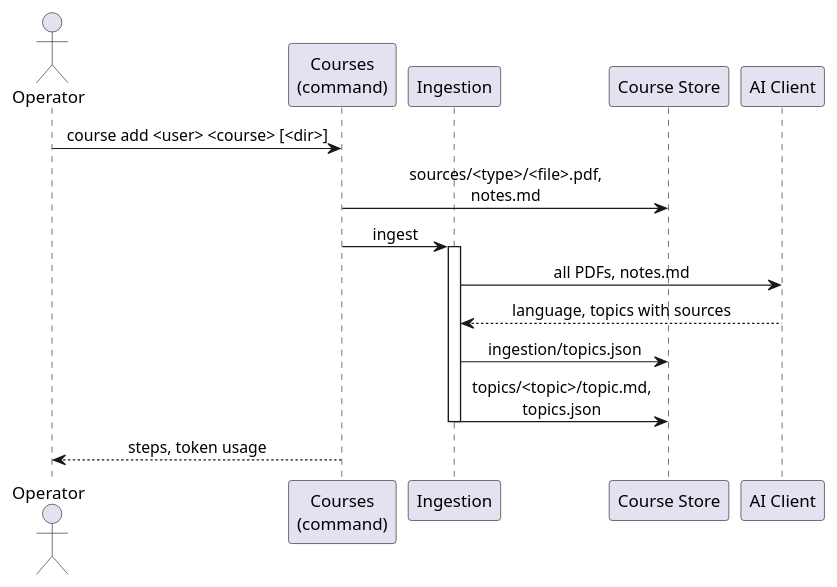
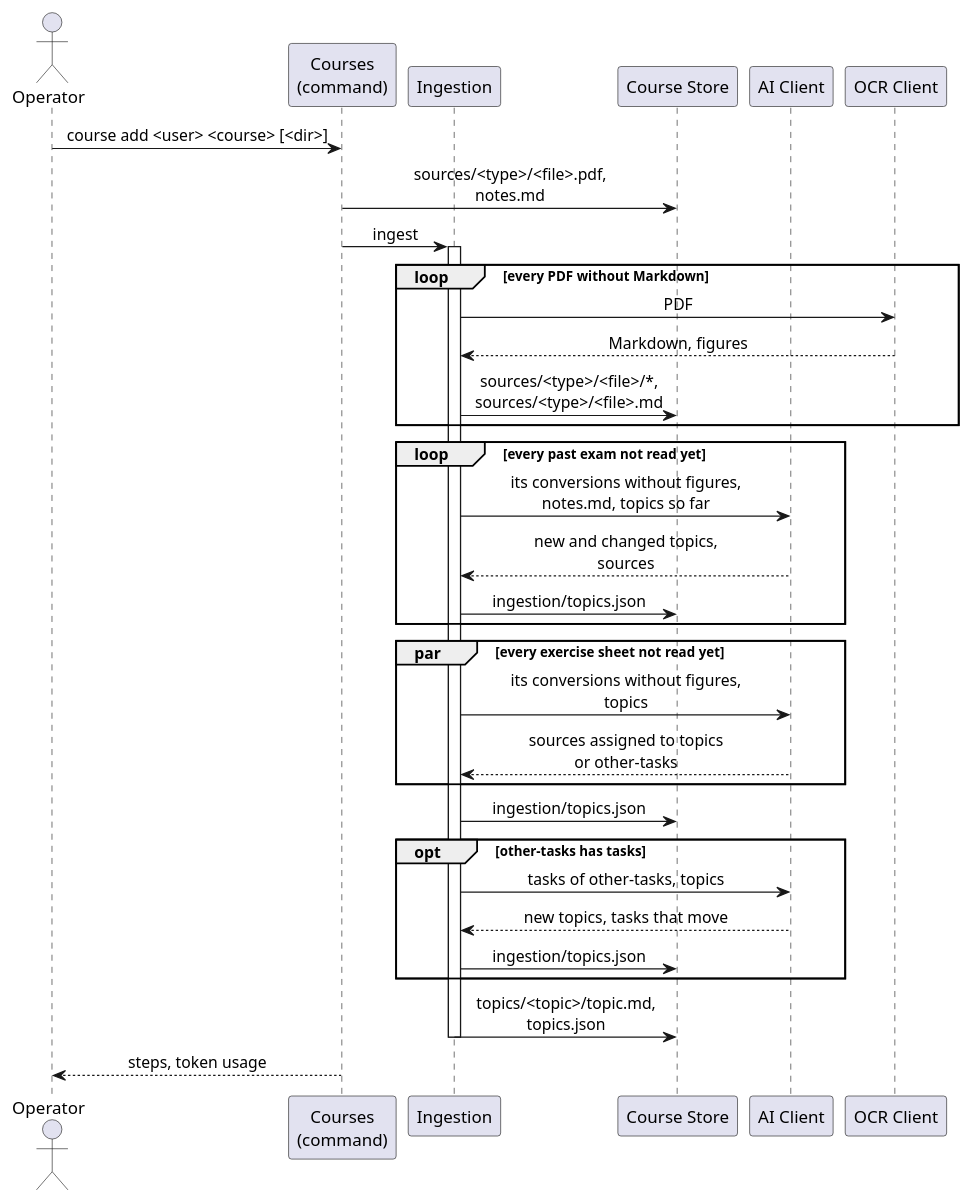
The diagram in docs/arc42/diagrams/runtime-ingestion.puml (leon-hrk/iknownothing), drawn with PlantUML before and after one commit. The commit also changed 45 other files, not shown here.

First line of the commit message:
feat: convert sources to Markdown and build topics from the conversions

```diff
--- a/docs/arc42/diagrams/runtime-ingestion.puml
+++ b/docs/arc42/diagrams/runtime-ingestion.puml
@@ -1,23 +1,44 @@
 @startuml
 skinparam shadowing false
 skinparam defaultTextAlignment center
 
 actor "Operator" as operator
 participant "Courses\n(command)" as courses
 participant "Ingestion" as ingestion
 participant "Course Store" as store
 participant "AI Client" as ai
+participant "OCR Client" as ocr
 
 operator -> courses : course add <user> <course> [<dir>]
 courses -> store : sources/<type>/<file>.pdf,\nnotes.md
 courses -> ingestion : ingest
 activate ingestion
 
-ingestion -> ai : all PDFs, notes.md
-ai --> ingestion : language, topics with sources
+loop every PDF without Markdown
+  ingestion -> ocr : PDF
+  ocr --> ingestion : Markdown, figures
+  ingestion -> store : sources/<type>/<file>/*,\nsources/<type>/<file>.md
+end
+
+loop every past exam not read yet
+  ingestion -> ai : its conversions without figures,\nnotes.md, topics so far
+  ai --> ingestion : new and changed topics,\nsources
+  ingestion -> store : ingestion/topics.json
+end
+
+par every exercise sheet not read yet
+  ingestion -> ai : its conversions without figures,\ntopics
+  ai --> ingestion : sources assigned to topics\nor other-tasks
+end
 ingestion -> store : ingestion/topics.json
+
+opt other-tasks has tasks
+  ingestion -> ai : tasks of other-tasks, topics
+  ai --> ingestion : new topics, tasks that move
+  ingestion -> store : ingestion/topics.json
+end
 
 ingestion -> store : topics/<topic>/topic.md,\ntopics.json
 deactivate ingestion
 courses --> operator : steps, token usage
 @enduml
```
